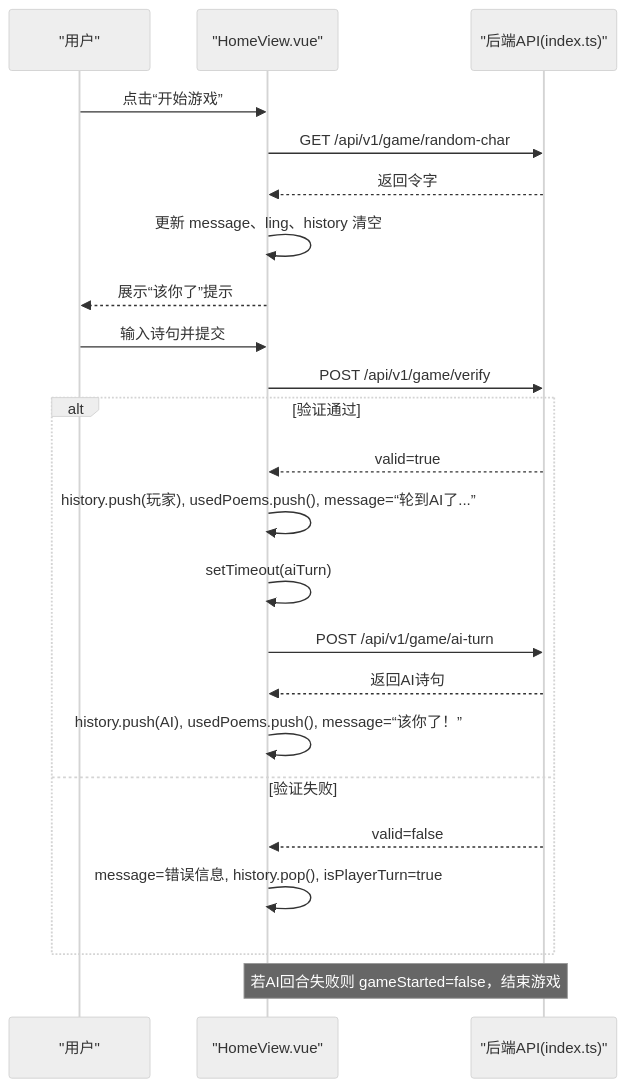
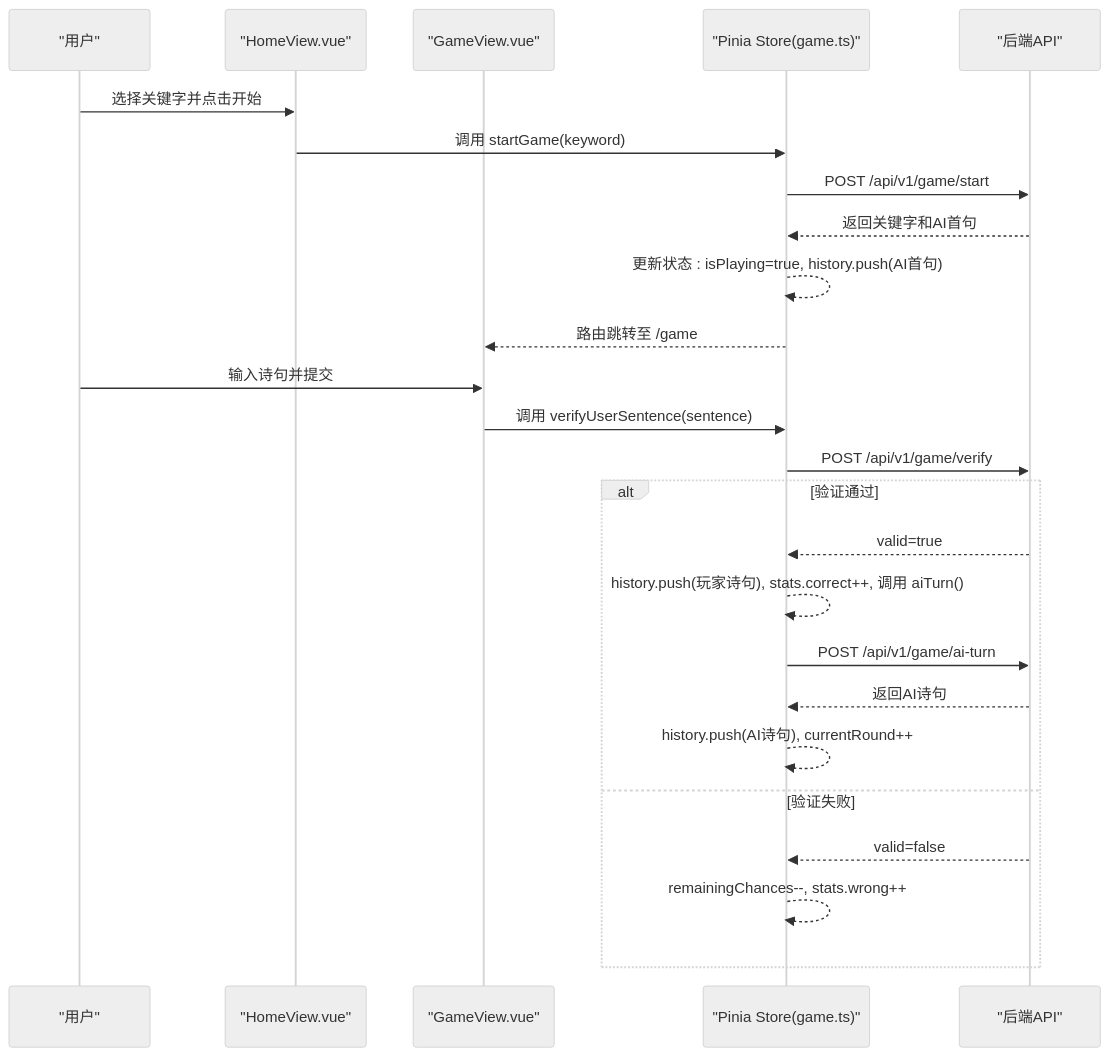
The second of 5 diagrams in .qoder/repowiki/zh/content/核心功能设计/游戏状态管理.md (iazrael/feihua-ling), drawn with Mermaid (neutral theme) before and after one commit. The commit also changed other lines of this file and 10 other files, not shown here.

````diff
--- a/.qoder/repowiki/zh/content/核心功能设计/游戏状态管理.md
+++ b/.qoder/repowiki/zh/content/核心功能设计/游戏状态管理.md
@@ -85,25 +87,27 @@
 ```mermaid
 sequenceDiagram
 participant U as "用户"
 participant HV as "HomeView.vue"
-participant BE as "后端API(index.ts)"
-U->>HV : 点击“开始游戏”
-HV->>BE : GET /api/v1/game/random-char
-BE-->>HV : 返回令字
-HV->>HV : 更新 message、ling、history 清空
-HV-->>U : 展示“该你了”提示
-U->>HV : 输入诗句并提交
-HV->>BE : POST /api/v1/game/verify
+participant GV as "GameView.vue"
+participant S as "Pinia Store(game.ts)"
+participant BE as "后端API"
+U->>HV : 选择关键字并点击开始
+HV->>S : 调用 startGame(keyword)
+S->>BE : POST /api/v1/game/start
+BE-->>S : 返回关键字和AI首句
+S-->>S : 更新状态 : isPlaying=true, history.push(AI首句)
+S-->>GV : 路由跳转至 /game
+U->>GV : 输入诗句并提交
+GV->>S : 调用 verifyUserSentence(sentence)
+S->>BE : POST /api/v1/game/verify
 alt 验证通过
-BE-->>HV : valid=true
-HV->>HV : history.push(玩家), usedPoems.push(), message=“轮到AI了...”
-HV->>HV : setTimeout(aiTurn)
-HV->>BE : POST /api/v1/game/ai-turn
-BE-->>HV : 返回AI诗句
-HV->>HV : history.push(AI), usedPoems.push(), message=“该你了！”
+BE-->>S : valid=true
+S-->>S : history.push(玩家诗句), stats.correct++, 调用 aiTurn()
+S->>BE : POST /api/v1/game/ai-turn
+BE-->>S : 返回AI诗句
+S-->>S : history.push(AI诗句), currentRound++
 else 验证失败
-BE-->>HV : valid=false
-HV->>HV : message=错误信息, history.pop(), isPlayerTurn=true
+BE-->>S : valid=false
+S-->>S : remainingChances--, stats.wrong++
 end
-note over HV,BE : 若AI回合失败则 gameStarted=false，结束游戏
 ```
````
